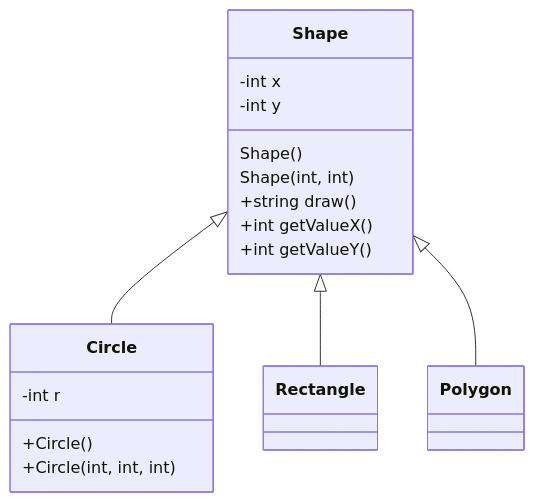
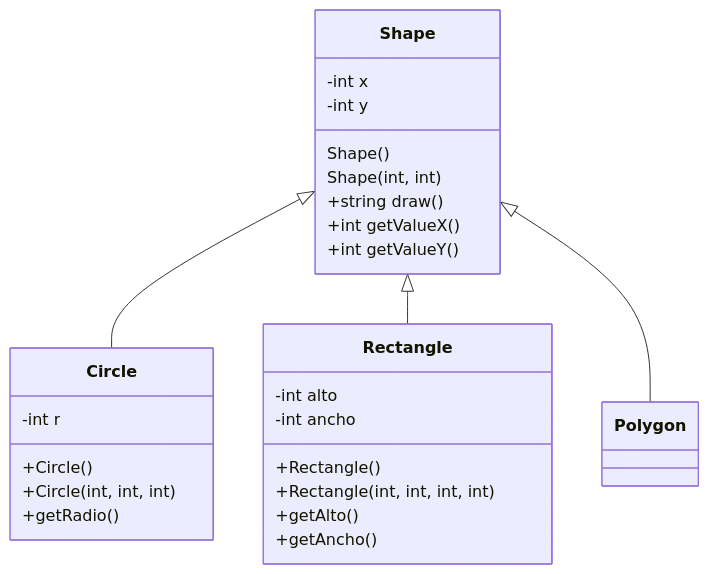
The first of 2 diagrams in assignments/01-ShapeCircleRectanglePolygon/README.md (alexeevalex/TC1030.cpp.herencia), drawn with Mermaid before and after one commit. The commit also changed 4 other files, not shown here.

````diff
--- a/assignments/01-ShapeCircleRectanglePolygon/README.md
+++ b/assignments/01-ShapeCircleRectanglePolygon/README.md
@@ -5,24 +5,31 @@
 ```mermaid
 classDiagram
       Shape <|-- Circle
       Shape <|-- Rectangle
       Shape <|-- Polygon
       Shape:-int x
       Shape:-int y
       Shape:Shape()
       Shape:Shape(int, int)
       Shape:+string draw()
       Shape:+int getValueX()
       Shape:+int getValueY()
       class Circle {
-        -int r
-        +Circle()
-        +Circle(int, int, int)
+            -int r
+            +Circle()
+            +Circle(int, int, int)
+            +getRadio()
       }
-      class Rectangle {        
+      class Rectangle {   
+            -int alto
+            -int ancho
+            +Rectangle()
+            +Rectangle(int, int, int, int)
+            +getAlto()
+            +getAncho()
       }
       class Polygon {
       }
         
 
 ```
````
